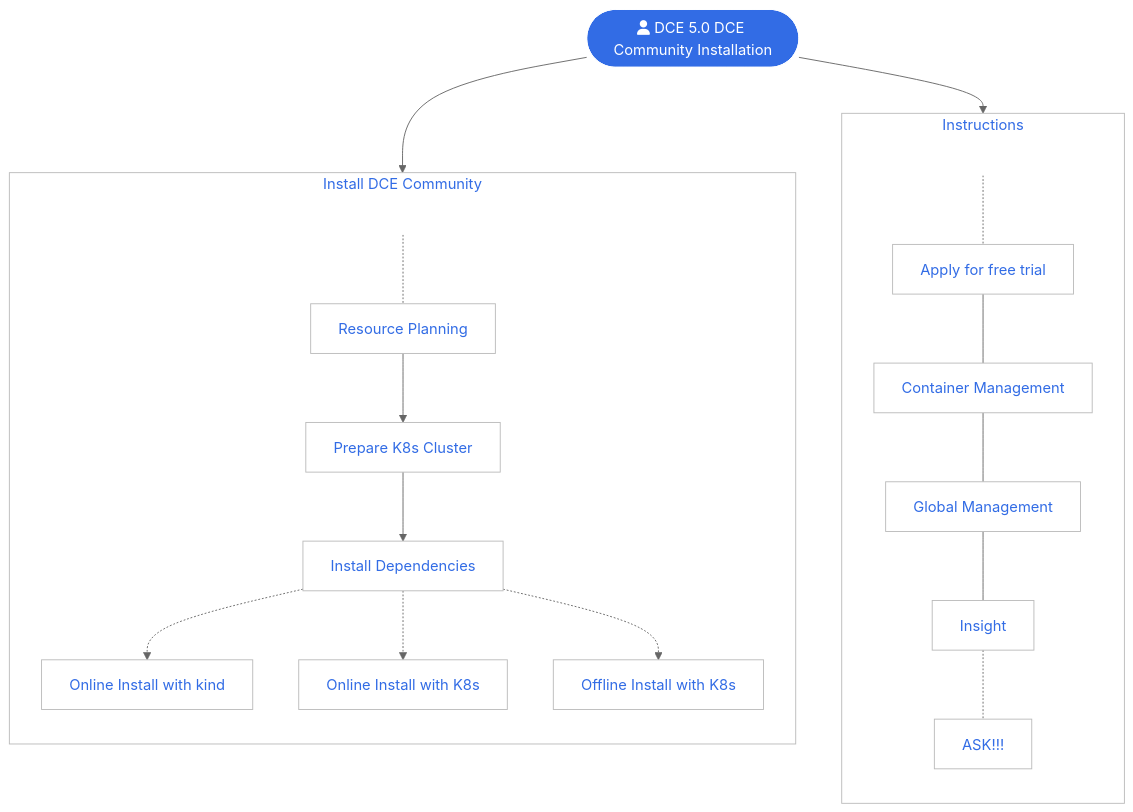
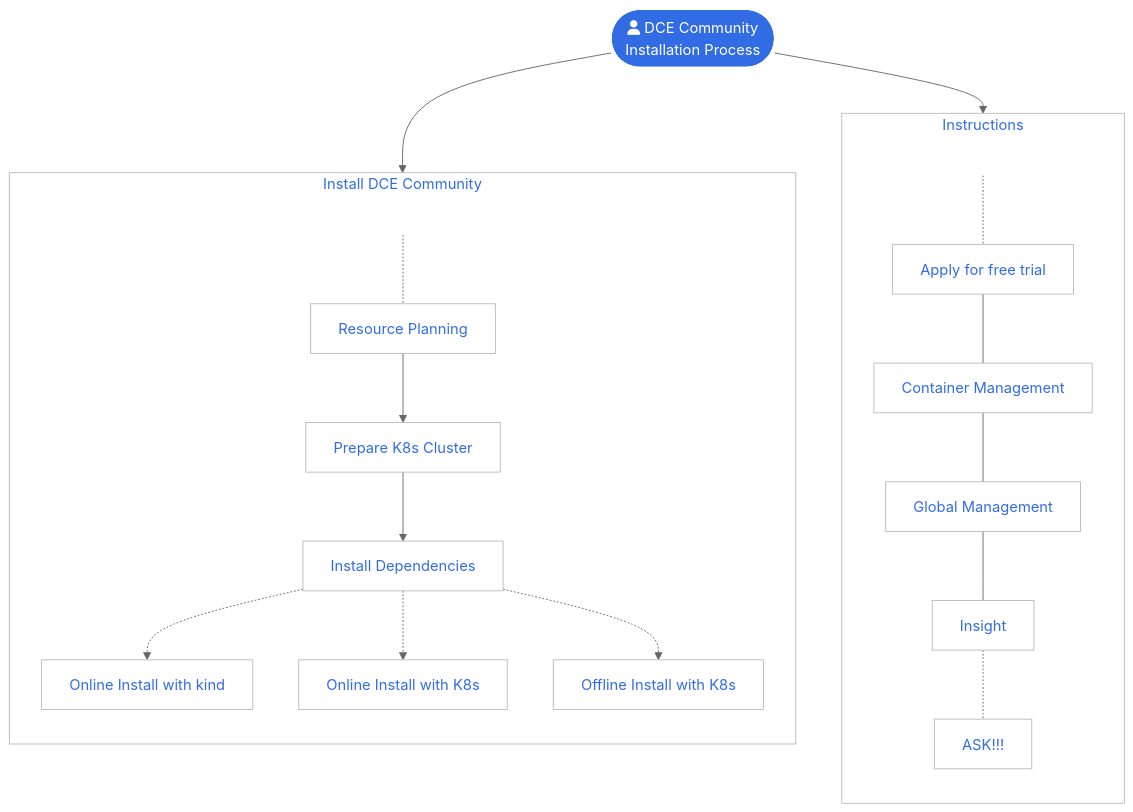
One commit to DaoCloud/DaoCloud-docs changed the first of 2 diagrams in docs/en/docs/install/index.md. Above: the diagram before and after it, drawn with Mermaid (neutral theme). The commit also changed 5 other files, not shown here.

````diff
--- a/docs/en/docs/install/index.md
+++ b/docs/en/docs/install/index.md
@@ -60,48 +60,48 @@
 ```mermaid
 flowchart TB
 
 subgraph second[Instructions]
     direction TB
     U[ ] -.-
     free[Apply for free trial] --- kpanda[Container Management]
     kpanda --- ghippo[Global Management]
     ghippo --- insight[Insight]
     insight -.- ask[ASK!!!]
 end
 
 subgraph first[Install DCE Community]
     direction TB
     S[ ] -.-
     plan[Resource Planning] --> k8s[Prepare K8s Cluster]
     k8s --> tools[Install Dependencies]
     tools -.-> kind[Online Install with kind]
     tools -.-> s1[Online Install with K8s]
     tools -.-> s2[Offline Install with K8s]
 end
 
-start([fa:fa-user DCE 5.0 DCE Community Installation]) --> first
+start([fa:fa-user DCE Community<br>Installation Process]) --> first
 start --> second
 
 classDef grey fill:#dddddd,stroke:#ffffff,stroke-width:px,color:#000000, font-size:15px;
 classDef white fill:#ffffff,stroke:#000,stroke-width:px,color:#000,font-weight:bold
 classDef spacewhite fill:#ffffff,stroke:#fff,stroke-width:0px,color:#000
 classDef plain fill:#ddd,stroke:#fff,stroke-width:1px,color:#000;
 classDef k8s fill:#326ce5,stroke:#fff,stroke-width:1px,color:#fff;
 classDef cluster fill:#fff,stroke:#bbb,stroke-width:1px,color:#326ce5;
 
 class plan,k8s,tools,kind,s1,s2,kpanda,ghippo,insight,free,ask cluster;
 class start k8s
 class S,U spacewhite
 
 click plan "https://docs.daocloud.io/en/install/community/resources.html"
 click k8s "https://docs.daocloud.io/en/install/community/kind/online.html#install-kind-cluster"
 click tools "https://docs.daocloud.io/en/install/install-tools.html"
 click kind "https://docs.daocloud.io/en/install/community/kind/online.html"
 click s1 "https://docs.daocloud.io/en/install/community/k8s/online.html"
 click s2 "https://docs.daocloud.io/en/install/community/k8s/offline.html"
 click kpanda "https://docs.daocloud.io/en/kpanda/intro/index.html"
 click ghippo "https://docs.daocloud.io/en/ghippo/intro/index.html"
 click insight "https://docs.daocloud.io/en/insight/intro/index.html"
 click free "https://docs.daocloud.io/en/dce/license0.html"
 click ask "https://docs.daocloud.io/en/install/index.html#contact-us"
 ```
````
